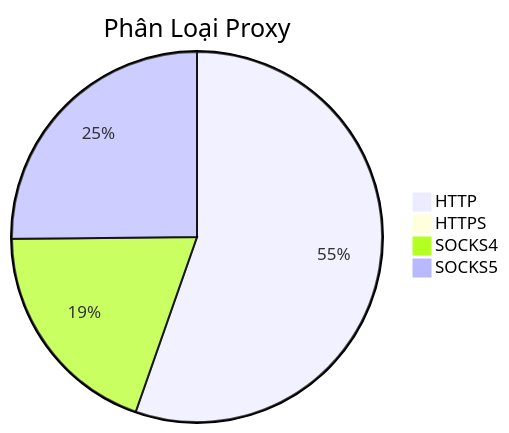
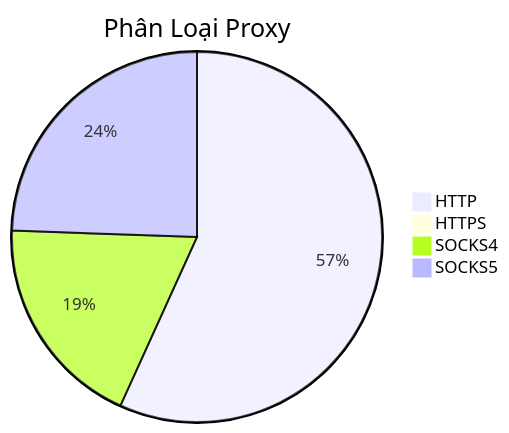
One commit to Ciara-12/PROXY-free changed the diagram in README.md. Above: the diagram before and after it, drawn with Mermaid. The commit also changed other lines of this file and 3 other files, not shown here.

````diff
--- a/README.md
+++ b/README.md
@@ -26,7 +26,7 @@
 ```mermaid
 pie title Phân Loại Proxy
-    "HTTP" : 1032
+    "HTTP" : 929
     "HTTPS" : 0
-    "SOCKS4" : 363
-    "SOCKS5" : 469
+    "SOCKS4" : 307
+    "SOCKS5" : 400
 ```
````
